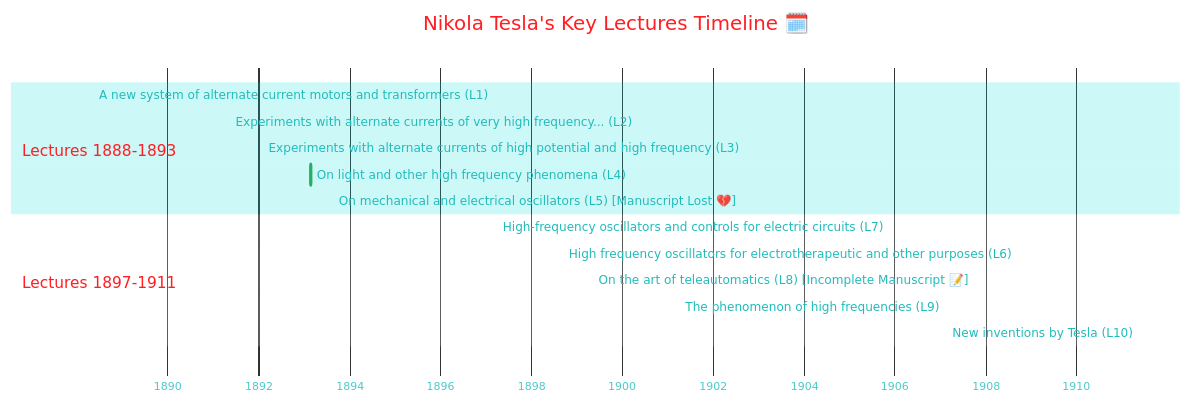
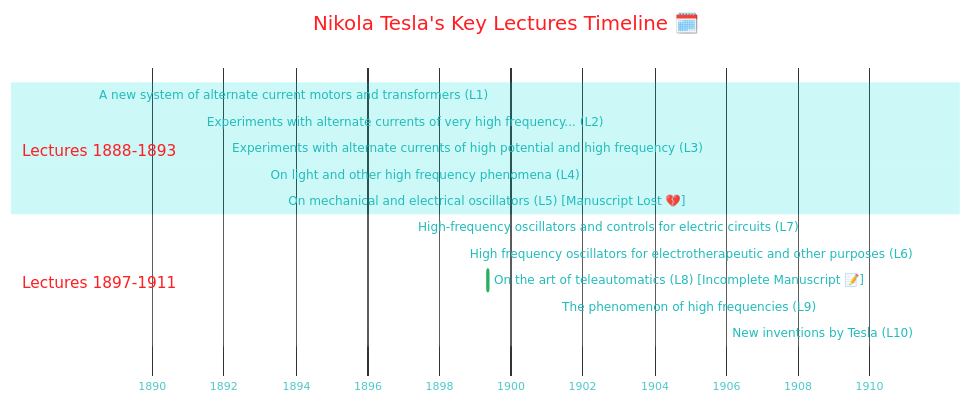
One commit to CongLeSolutionX/Nikola_Tesla changed the first of 6 diagrams in Nikola_Tesla_Museum/Nikola_Tesla_Lectures.md. Above: the diagram before and after it, drawn with Mermaid.

````diff
--- a/Nikola_Tesla_Museum/Nikola_Tesla_Lectures.md
+++ b/Nikola_Tesla_Museum/Nikola_Tesla_Lectures.md
@@ -69,58 +69,59 @@
 ```mermaid
 ---
 title: "Key Milestones - History and Evolution of macOS"
 author: "Cong Le"
 version: "1.0"
 license(s): "MIT, CC BY-SA 4.0"
 copyright: "Copyright (c) 2025 Cong Le. All Rights Reserved."
 config:
   layout: elk
   theme: base
 ---
 %%%%%%%% Mermaid version v11.4.1-b.14
 %%{
   init: {
 	'fontFamily': 'Bradley Hand',
     'gantt': {
+			'useWidth': 900,
       'titleTopMargin': 25,
       'barHeight': 20,
       'barGap': 4,
       'topPadding': 75,
       'rightPadding': 75,
       'leftPadding': 75,
       'gridLineStartPadding': 35,
       'sectionFontSize': 14,
       'numberSectionStyles': 4,
       'axisFormat': '%Y'
     },
     'themeVariables': {
       'primaryColor': '#C80004',
       'primaryTextColor': '#2BB',
       'lineColor': '#F8B229',
       'primaryBorderColor': '#27AE60',
       'secondaryColor': '#EBDEF0',
       'secondaryTextColor': '#6C3483',
       'secondaryBorderColor': '#A569BD',
       'fontSize': '20px'
     }
   }
 }%%
 gantt
     title Nikola Tesla's Key Lectures Timeline 🗓️
     dateFormat YYYY-MM-DD
     axisFormat %Y
 
     section Lectures 1888-1893
     A new system of alternate current motors and transformers (L1) :lec1, 1888-05-16, 1d
     Experiments with alternate currents of very high frequency... (L2) :lec2, 1891-05-20, 1d
     Experiments with alternate currents of high potential and high frequency (L3) :lec3, 1892-02-03, 2d
     On light and other high frequency phenomena (L4) :lec4, 1893-02-24, 6d
     On mechanical and electrical oscillators (L5) [Manuscript Lost 💔] :lec5, 1893-08-25, 1d
 
     section Lectures 1897-1911
     High-frequency oscillators and controls for electric circuits (L7) :lec7, 1897-04-06, 1d
     High frequency oscillators for electrotherapeutic and other purposes (L6) :lec6, 1898-09-13, 1d
     On the art of teleautomatics (L8) [Incomplete Manuscript 📝] :lec8, 1899-05-13, 1d
     The phenomenon of high frequencies (L9) :lec9, 1901-04-12, 1d
     New inventions by Tesla (L10) :lec10, 1911-05-15, 1d
 ```
````
